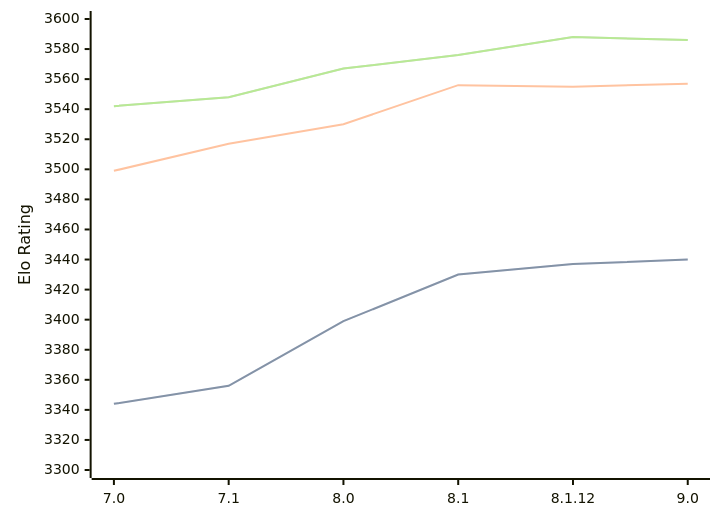
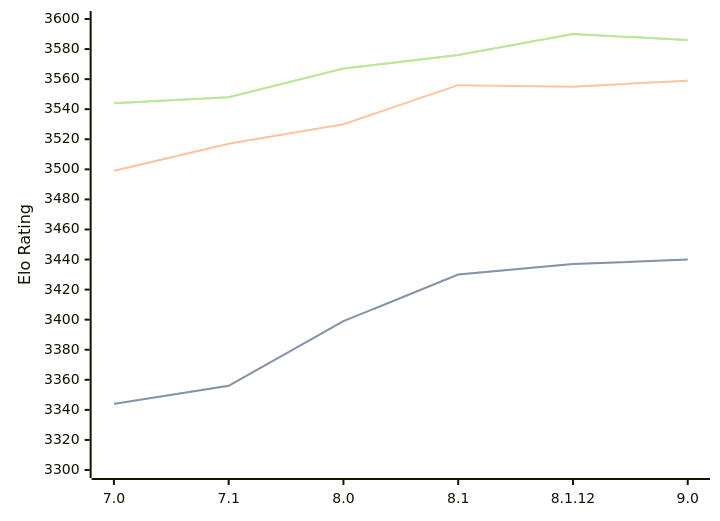
Before and after one commit to computer-chess-index/cci: the diagram in engines/Alexandria.md, drawn with Mermaid. The commit also changed other lines of this file, not shown here.

Commit message:
Update CCI Ratings (ELO VLTC) - 2026-09-26

````diff
--- a/engines/Alexandria.md
+++ b/engines/Alexandria.md
@@ -36,11 +36,11 @@
 ```mermaid
 %%{init: {"theme":"base","themeVariables":{"seriesColors:['#a3a3a3','#222221','#faa371']}}}%%
 xychart-beta
   x-axis ["7.0", "7.1", "8.0", "8.1", "8.1.12", "9.0"]
   y-axis "Elo Rating" 3300 --> 3600
   line "" [3344, 3356, 3399, 3430, 3437, 3440]
   line "STC (8.0+0.08s)" [3344, 3356, 3399, 3430, 3437, 3440]
-  line "LTC (60.0+0.60s)" [3499, 3517, 3530, 3556, 3555, 3557]
-  line "" [3542, 3548, 3567, 3576, 3588, 3586]
-  line "VLTC (2m24s+1.12s)" [3542, 3548, 3567, 3576, 3588, 3586]
+  line "LTC (60.0+0.60s)" [3499, 3517, 3530, 3556, 3555, 3559]
+  line "" [3544, 3548, 3567, 3576, 3590, 3586]
+  line "VLTC (2m24s+1.12s)" [3544, 3548, 3567, 3576, 3590, 3586]
 ```
````
